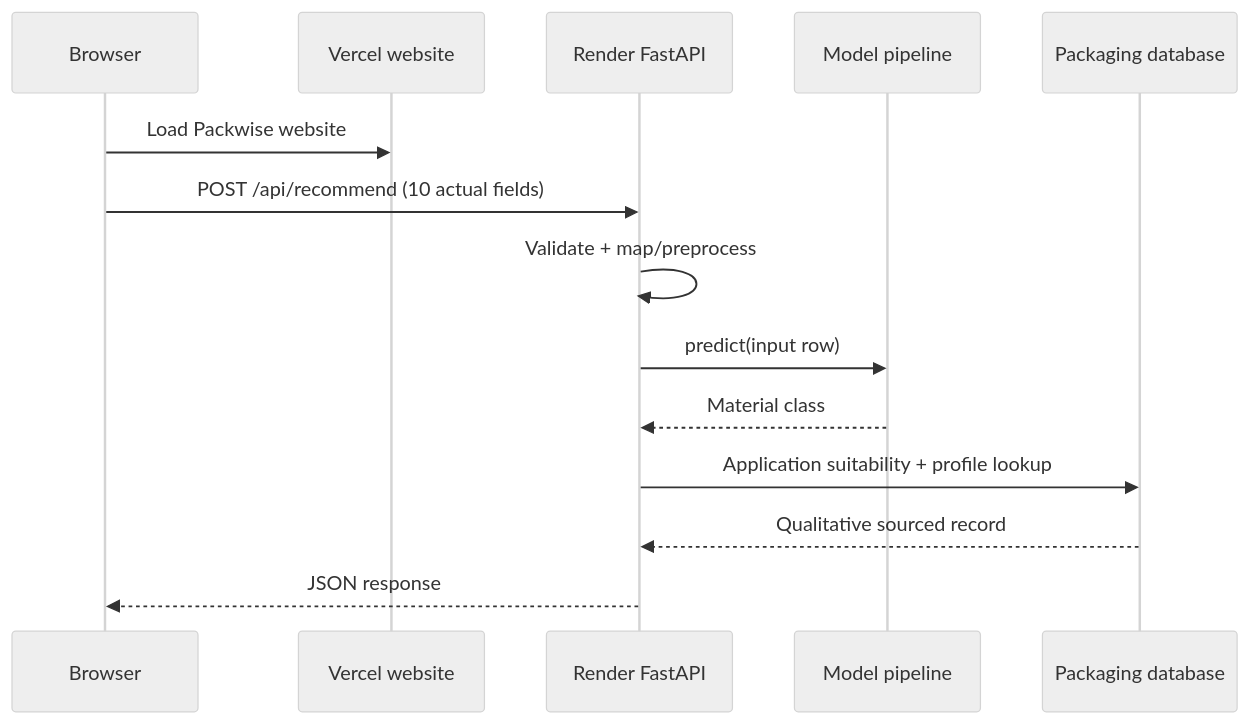
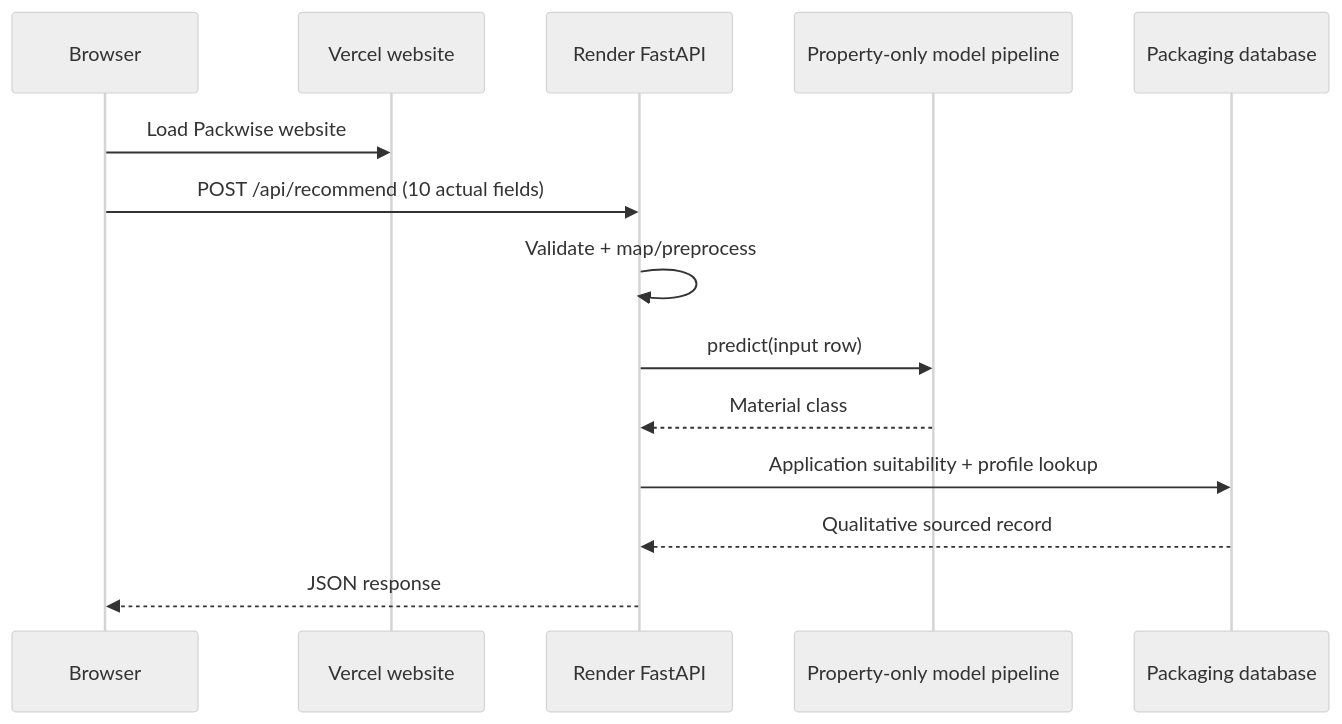
The diagram in docs/architecture.md (Shiladittya01/packwise-sih-26236), drawn with Mermaid (neutral theme) before and after one commit. The commit also changed other lines of this file and 24 other files, not shown here.

Commit message:
Improve custom food validation and property-based model

````diff
--- a/docs/architecture.md
+++ b/docs/architecture.md
@@ -20,16 +20,16 @@
 ```mermaid
 sequenceDiagram
   participant B as Browser
   participant V as Vercel website
   participant R as Render FastAPI
-  participant M as Model pipeline
+  participant M as Property-only model pipeline
   participant D as Packaging database
   B->>V: Load Packwise website
   B->>R: POST /api/recommend (10 actual fields)
   R->>R: Validate + map/preprocess
   R->>M: predict(input row)
   M-->>R: Material class
   R->>D: Application suitability + profile lookup
   D-->>R: Qualitative sourced record
   R-->>B: JSON response
 ```
````
